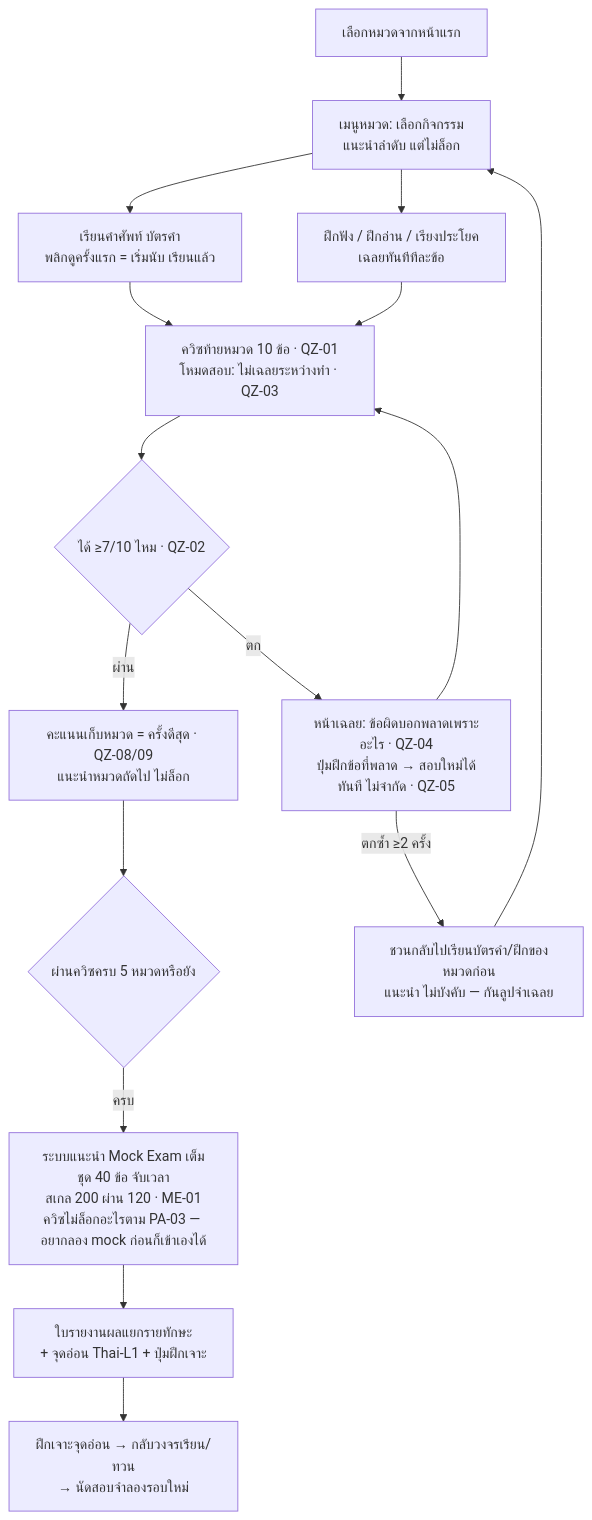
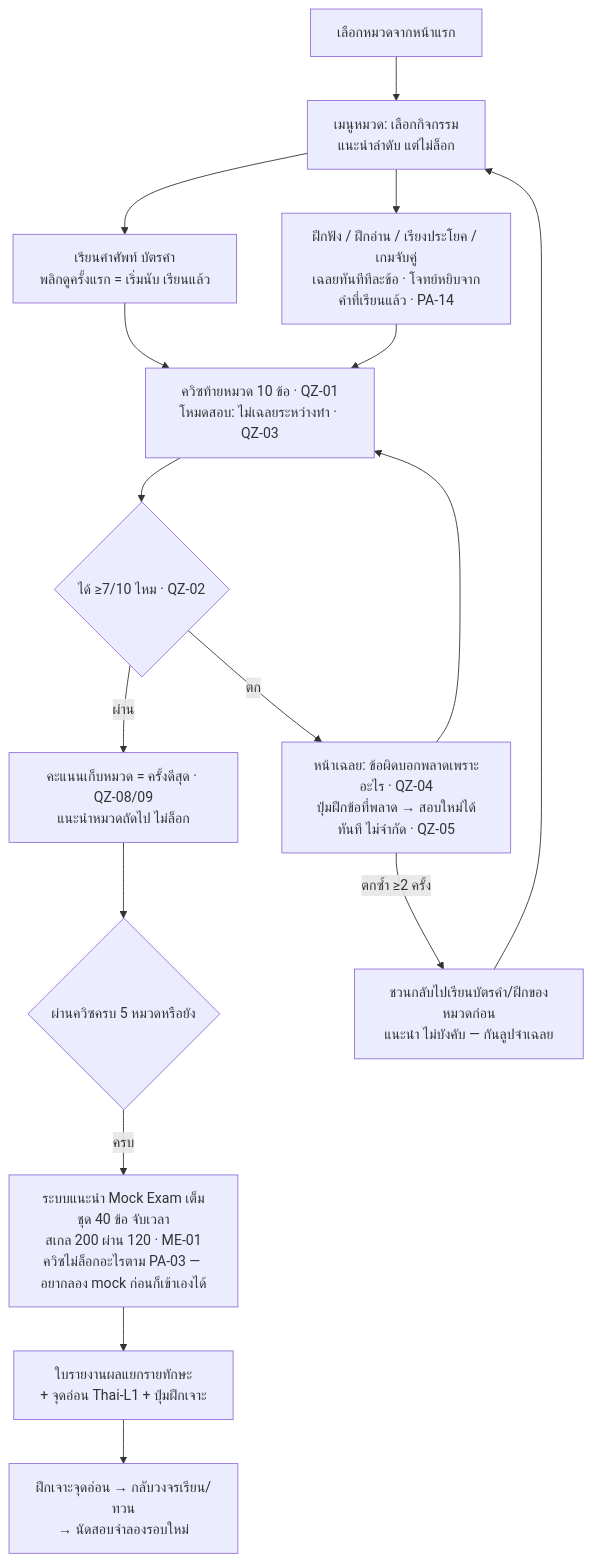
Before and after one commit to barbon441/Intelligent-Chinese-Tutoring-System-for-Thai-Learners: the third of 6 diagrams in docs/08_สเปค-พัฒนา/โฟลว์ผู้ใช้-สิทธิ์แอดมิน.md, drawn with Mermaid. The commit also changed 1 other file, not shown here.

Commit message:
Sync roadmap <-> flow doc (Ball's consistency check): m5-5 new onboarding question set (ON-02 Aug 6), m5-1 +micro-check 5 items (ON-09/PL-08), m7-1/7-2/7-3 details now match admin flows 4.1/4.2 (ON-08 interstitial, forgot password, RO-04 closure, th_reviewed flag, jieba+TTS, 5-state item bank, suspend, queue dashboard); flow 3.3 practice box +matching game +PA-14

````diff
--- a/docs/08_สเปค-พัฒนา/โฟลว์ผู้ใช้-สิทธิ์แอดมิน.md
+++ b/docs/08_สเปค-พัฒนา/โฟลว์ผู้ใช้-สิทธิ์แอดมิน.md
@@ -95,18 +95,18 @@
 ```mermaid
 flowchart TD
     A[เลือกหมวดจากหน้าแรก] --> B[เมนูหมวด: เลือกกิจกรรม<br/>แนะนำลำดับ แต่ไม่ล็อก]
     B --> C[เรียนคำศัพท์ บัตรคำ<br/>พลิกดูครั้งแรก = เริ่มนับ เรียนแล้ว]
-    B --> D[ฝึกฟัง / ฝึกอ่าน / เรียงประโยค<br/>เฉลยทันทีทีละข้อ]
+    B --> D[ฝึกฟัง / ฝึกอ่าน / เรียงประโยค / เกมจับคู่<br/>เฉลยทันทีทีละข้อ · โจทย์หยิบจากคำที่เรียนแล้ว · PA-14]
     C --> E[ควิซท้ายหมวด 10 ข้อ · QZ-01<br/>โหมดสอบ: ไม่เฉลยระหว่างทำ · QZ-03]
     D --> E
     E --> F{ได้ ≥7/10 ไหม · QZ-02}
     F -- ผ่าน --> G[คะแนนเก็บหมวด = ครั้งดีสุด · QZ-08/09<br/>แนะนำหมวดถัดไป ไม่ล็อก]
     F -- ตก --> H[หน้าเฉลย: ข้อผิดบอกพลาดเพราะอะไร · QZ-04<br/>ปุ่มฝึกข้อที่พลาด → สอบใหม่ได้ทันที ไม่จำกัด · QZ-05]
     H -- ตกซ้ำ ≥2 ครั้ง --> H2[ชวนกลับไปเรียนบัตรคำ/ฝึกของหมวดก่อน<br/>แนะนำ ไม่บังคับ — กันลูปจำเฉลย]
     H --> E
     H2 --> B
     G --> I{ผ่านควิซครบ 5 หมวดหรือยัง}
     I -- ครบ --> J[ระบบแนะนำ Mock Exam เต็มชุด 40 ข้อ จับเวลา<br/>สเกล 200 ผ่าน 120 · ME-01<br/>ควิซไม่ล็อกอะไรตาม PA-03 — อยากลอง mock ก่อนก็เข้าเองได้]
     J --> K[ใบรายงานผลแยกรายทักษะ<br/>+ จุดอ่อน Thai-L1 + ปุ่มฝึกเจาะ]
     K --> L[ฝึกเจาะจุดอ่อน → กลับวงจรเรียน/ทวน<br/>→ นัดสอบจำลองรอบใหม่]
 ```
````
